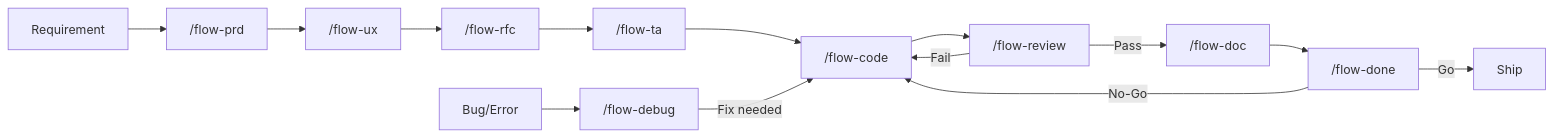
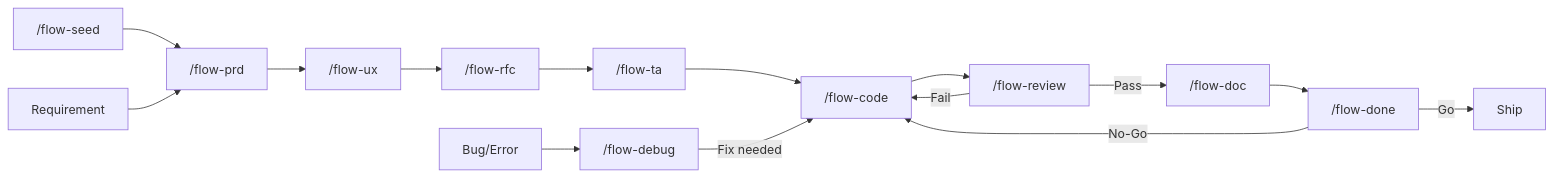
Before and after one commit to viniciuscarneiro/ai-dev-flow: the diagram in ai-dev-flow/PLAYBOOK.md, drawn with Mermaid. The commit also changed other lines of this file and 15 other files, not shown here.

First line of the commit message:
Add /flow-seed onboarding and PRD knowledge soft gate (#10)

````diff
--- a/ai-dev-flow/PLAYBOOK.md
+++ b/ai-dev-flow/PLAYBOOK.md
@@ -23,17 +24,18 @@
 ```mermaid
 graph LR
+    S["/flow-seed"] --> B["/flow-prd"]
     A[Requirement] --> B["/flow-prd"]
     B --> B2["/flow-ux"]
     B2 --> C["/flow-rfc"]
     C --> D["/flow-ta"]
     D --> E["/flow-code"]
     E --> F["/flow-review"]
     F -->|Pass| G["/flow-doc"]
     F -->|Fail| E
     G --> H["/flow-done"]
     H -->|Go| I[Ship]
     H -->|No-Go| E
 
     J[Bug/Error] --> K["/flow-debug"]
     K -->|Fix needed| E
 ```
````
